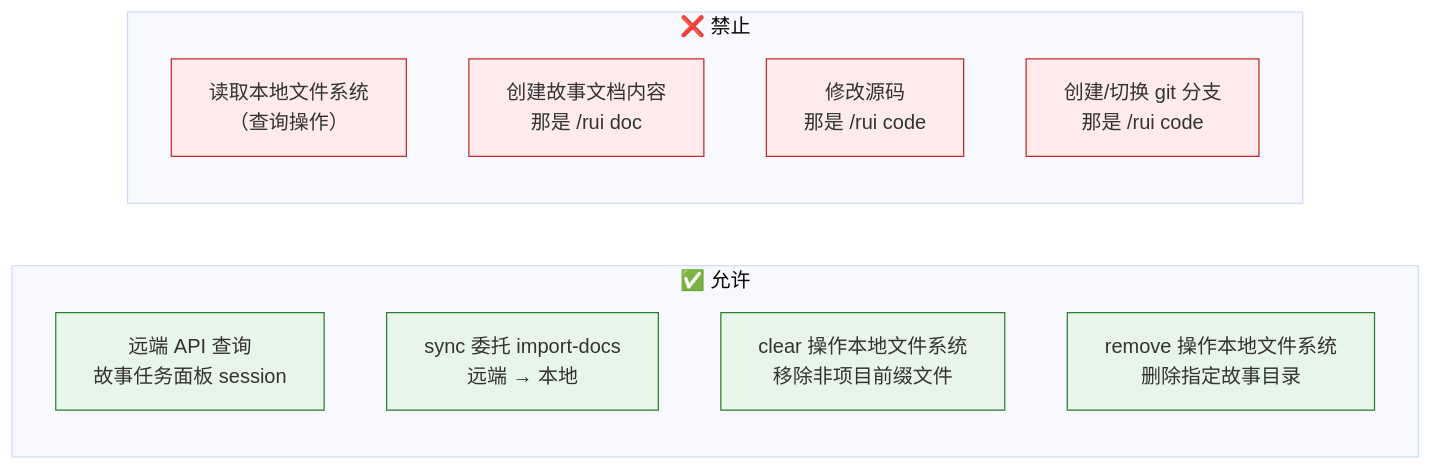
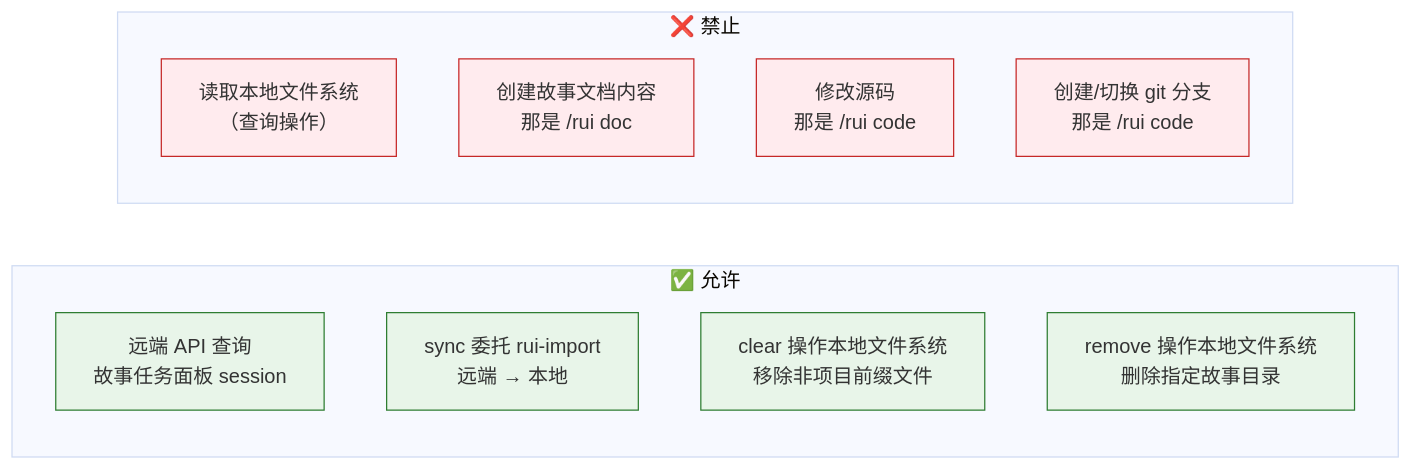
One commit to effiy/YrY changed the third of 15 diagrams in skills/rui-story/SKILL.md. Above: the diagram before and after it, drawn with Mermaid (base theme). The commit also changed other lines of this file and 41 other files, not shown here.

````diff
--- a/skills/rui-story/SKILL.md
+++ b/skills/rui-story/SKILL.md
@@ -102,18 +102,18 @@
 ```mermaid
 flowchart LR
     subgraph 允许["✅ 允许"]
         A1["远端 API 查询<br/>故事任务面板 session"]:::ok
-        A2["sync 委托 import-docs<br/>远端 → 本地"]:::ok
+        A2["sync 委托 rui-import<br/>远端 → 本地"]:::ok
         A3["clear 操作本地文件系统<br/>移除非项目前缀文件"]:::ok
         A4["remove 操作本地文件系统<br/>删除指定故事目录"]:::ok
     end
     subgraph 禁止["❌ 禁止"]
         B1["读取本地文件系统<br/>（查询操作）"]:::bad
         B2["创建故事文档内容<br/>那是 /rui doc"]:::bad
         B3["修改源码<br/>那是 /rui code"]:::bad
         B4["创建/切换 git 分支<br/>那是 /rui code"]:::bad
     end
 
     classDef ok fill:#e8f5e9,stroke:#2e7d32;
     classDef bad fill:#ffebee,stroke:#c62828;
 ```
````
